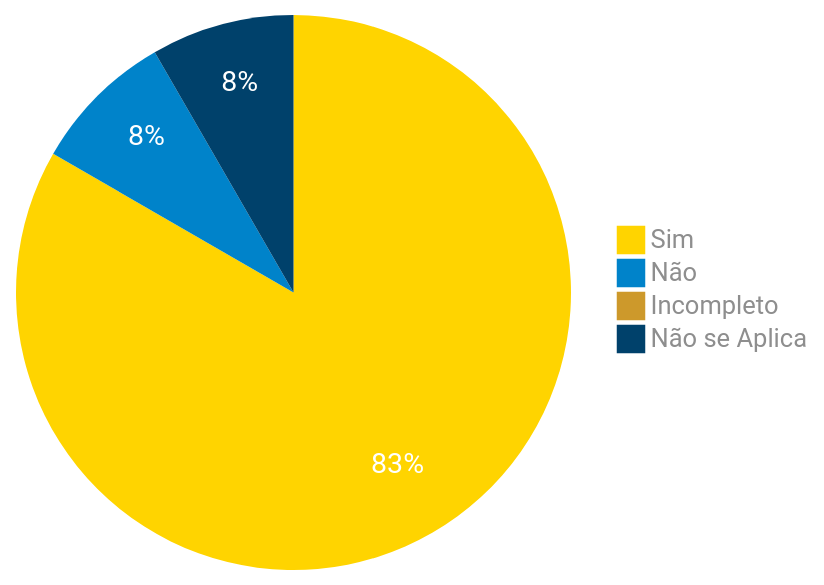
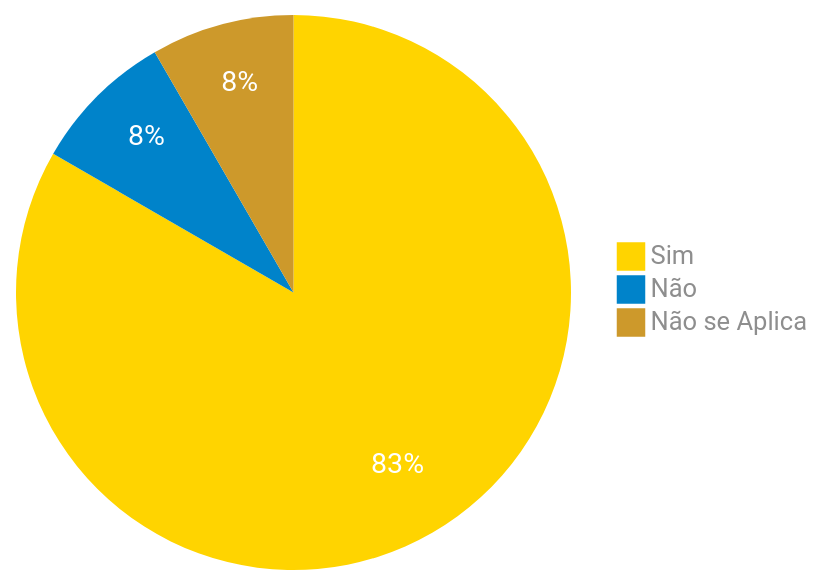
One commit to claudiohsc/2024.1-Correios changed the diagram in docs/verificacao_01/grupo/DAD/nivel1/analise_tarefas/relato-resultados/rastrear-encomendas.md. Above: the diagram before and after it, drawn with Mermaid. The commit also changed 9 other files, not shown here.

````diff
--- a/docs/verificacao_01/grupo/DAD/nivel1/analise_tarefas/relato-resultados/rastrear-encomendas.md
+++ b/docs/verificacao_01/grupo/DAD/nivel1/analise_tarefas/relato-resultados/rastrear-encomendas.md
@@ -86,24 +86,23 @@
 ``` mermaid
 %%{
   init: {
     'theme': 'base',
     'themeVariables': {
         'primaryColor': '#FFD400',
         'secondaryColor': '#0083CA',
         'tertiaryColor': '#CD992B',
         'pie4': '#00416B',
         'primaryTextColor': '#8e8e8e',
         'pieStrokeWidth': '0px',
         'pieOuterStrokeWidth': '0px',
         'pieOpacity': '1',
         'pieSectionTextColor': '#fff',
         'pieSectionTextSize': '19px'
     }
   }
 }%%
 pie
     "Sim" : 10
     "Não" : 1
-    "Incompleto" : 0
     "Não se Aplica" : 1
 ```
````
